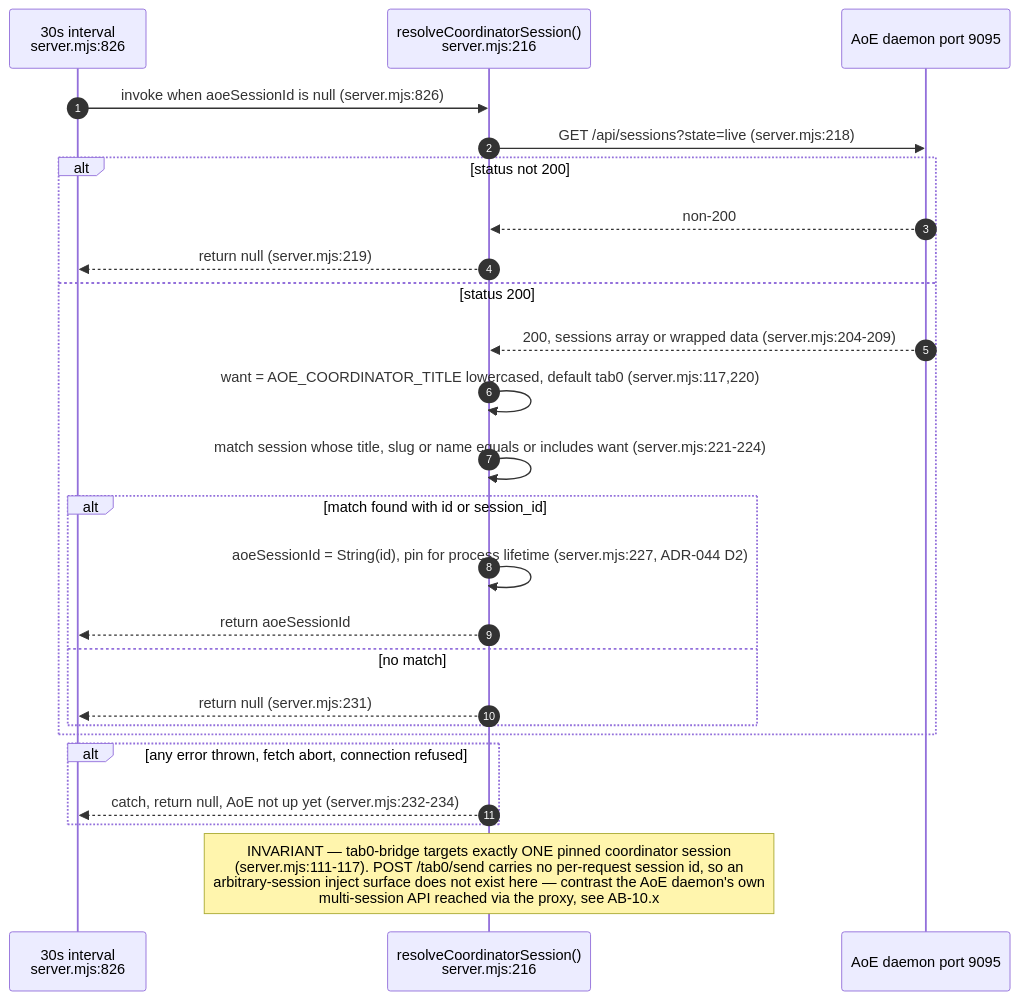
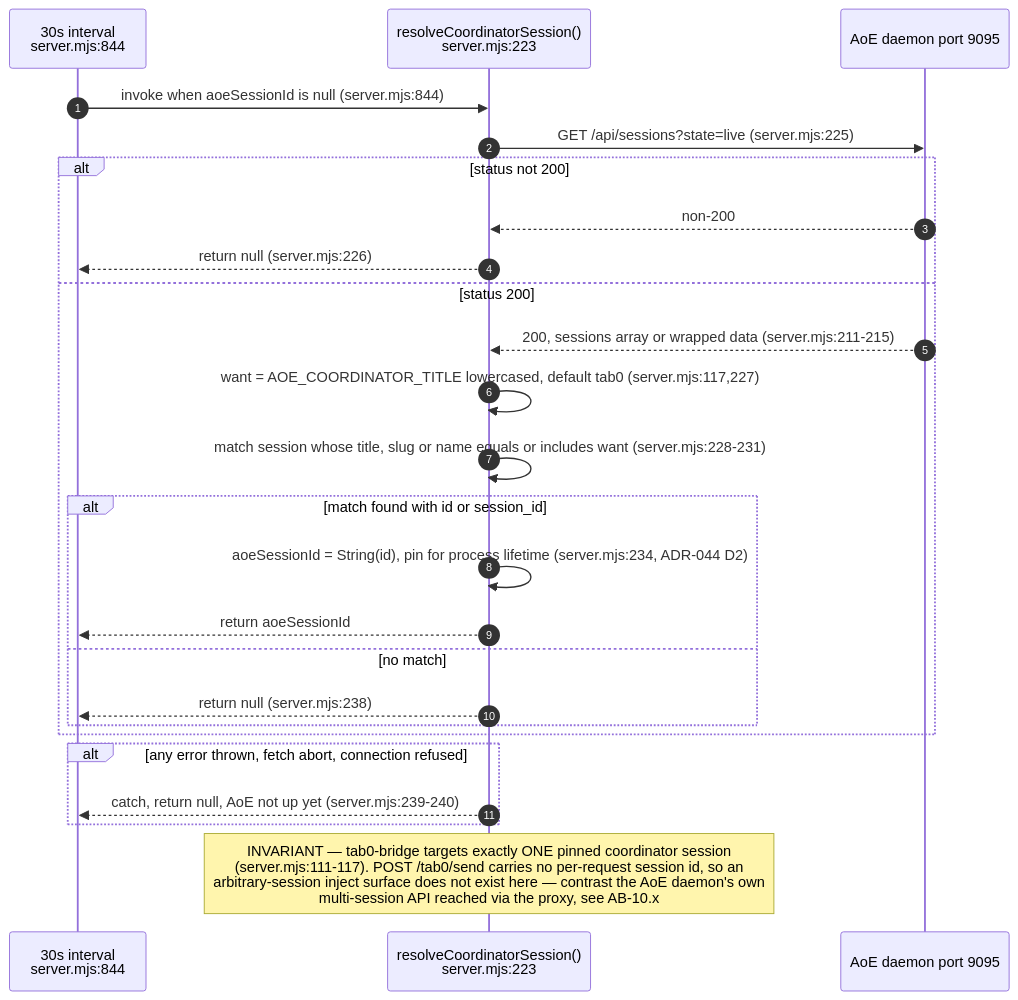
Before and after one commit to DreamLab-AI/VisionFlow: the fourth of 11 diagrams in docs/diagrams/agentbox/12-tab0-bridge-and-interaction-plane.md, drawn with Mermaid. The commit also changed other lines of this file and 136 other files, not shown here.

First line of the commit message:
docs(diagrams): refresh the whole corpus to code HEAD and prune low-value diagrams

````diff
--- a/docs/diagrams/agentbox/12-tab0-bridge-and-interaction-plane.md
+++ b/docs/diagrams/agentbox/12-tab0-bridge-and-interaction-plane.md
@@ -211,28 +155,28 @@
 ```mermaid
 sequenceDiagram
     autonumber
-    participant Ti as 30s interval<br/>server.mjs:826
-    participant R as resolveCoordinatorSession()<br/>server.mjs:216
+    participant Ti as 30s interval<br/>server.mjs:844
+    participant R as resolveCoordinatorSession()<br/>server.mjs:223
     participant AoEd as AoE daemon port 9095
 
-    Ti->>R: invoke when aoeSessionId is null (server.mjs:826)
-    R->>AoEd: GET /api/sessions?state=live (server.mjs:218)
+    Ti->>R: invoke when aoeSessionId is null (server.mjs:844)
+    R->>AoEd: GET /api/sessions?state=live (server.mjs:225)
     alt status not 200
         AoEd-->>R: non-200
-        R-->>Ti: return null (server.mjs:219)
+        R-->>Ti: return null (server.mjs:226)
     else status 200
-        AoEd-->>R: 200, sessions array or wrapped data (server.mjs:204-209)
-        R->>R: want = AOE_COORDINATOR_TITLE lowercased, default tab0 (server.mjs:117,220)
-        R->>R: match session whose title, slug or name equals or includes want (server.mjs:221-224)
+        AoEd-->>R: 200, sessions array or wrapped data (server.mjs:211-215)
+        R->>R: want = AOE_COORDINATOR_TITLE lowercased, default tab0 (server.mjs:117,227)
+        R->>R: match session whose title, slug or name equals or includes want (server.mjs:228-231)
         alt match found with id or session_id
-            R->>R: aoeSessionId = String(id), pin for process lifetime (server.mjs:227, ADR-044 D2)
+            R->>R: aoeSessionId = String(id), pin for process lifetime (server.mjs:234, ADR-044 D2)
             R-->>Ti: return aoeSessionId
         else no match
-            R-->>Ti: return null (server.mjs:231)
+            R-->>Ti: return null (server.mjs:238)
         end
     end
     alt any error thrown, fetch abort, connection refused
-        R-->>Ti: catch, return null, AoE not up yet (server.mjs:232-234)
+        R-->>Ti: catch, return null, AoE not up yet (server.mjs:239-240)
     end
 Note over R: INVARIANT — tab0-bridge targets exactly ONE pinned coordinator session<br/>(server.mjs:111-117). POST /tab0/send carries no per-request session id, so an<br/>arbitrary-session inject surface does not exist here — contrast the AoE daemon's own<br/>multi-session API reached via the proxy, see AB-10.x
 ```
````
